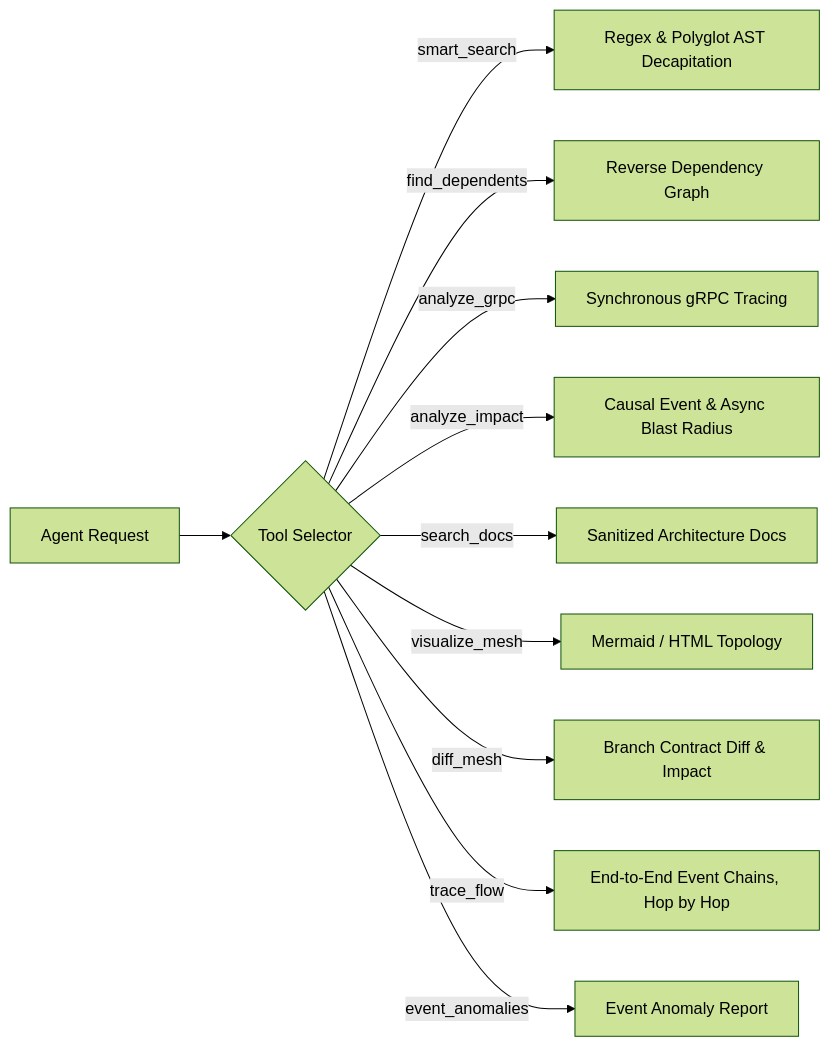
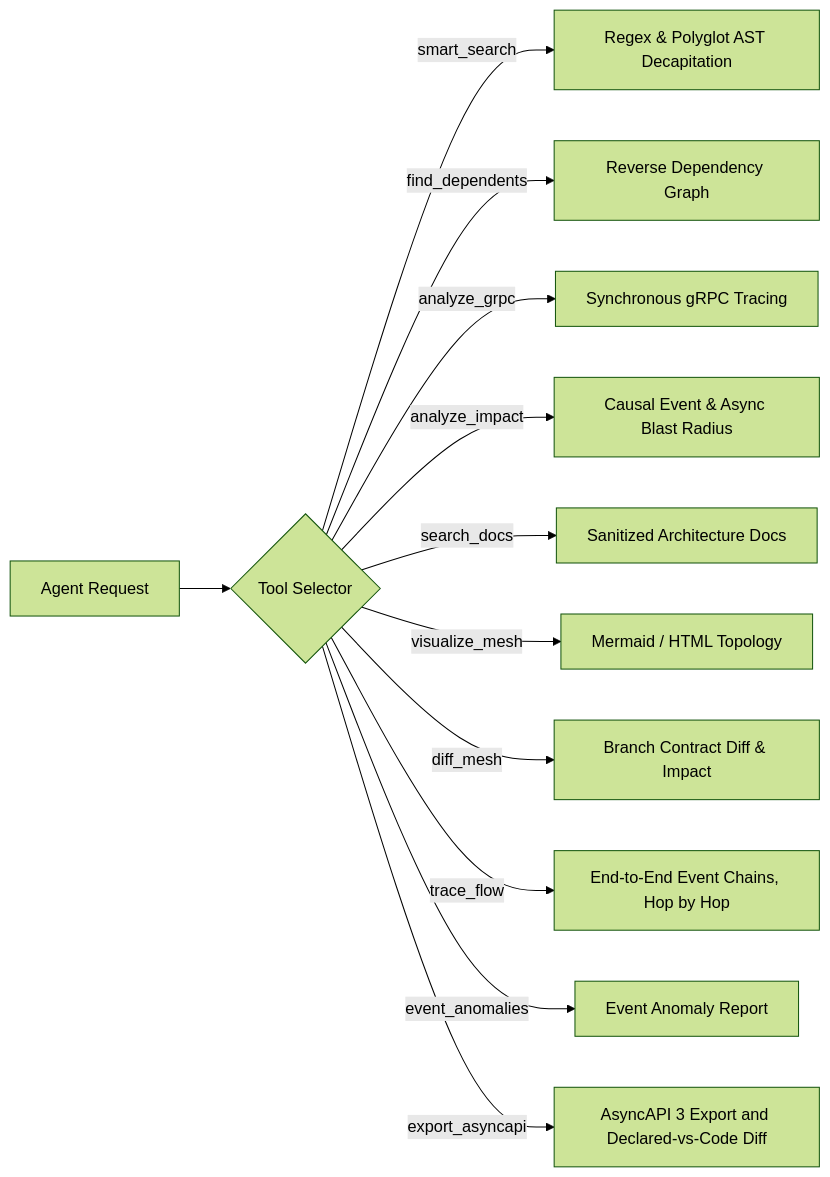
Before and after one commit to VictorAgahi/mesh-mcp: the diagram in docs/mcp-tools.md, drawn with Mermaid (forest theme). The commit also changed other lines of this file and 34 other files, not shown here.

First line of the commit message:
feat(asyncapi): export_asyncapi tool (export and declared-vs-code diff), fixture, docs, tests (T12)

````diff
--- a/docs/mcp-tools.md
+++ b/docs/mcp-tools.md
@@ -27,13 +27,14 @@
 ```mermaid
 graph LR
     A[Agent Request] --> T{Tool Selector}
     T -->|smart_search| TS[Regex & Polyglot AST Decapitation]
     T -->|find_dependents| TD[Reverse Dependency Graph]
     T -->|analyze_grpc| TG[Synchronous gRPC Tracing]
     T -->|analyze_impact| TI[Causal Event & Async Blast Radius]
     T -->|search_docs| TDO[Sanitized Architecture Docs]
     T -->|visualize_mesh| TV[Mermaid / HTML Topology]
     T -->|diff_mesh| TDM[Branch Contract Diff & Impact]
     T -->|trace_flow| TF[End-to-End Event Chains, Hop by Hop]
     T -->|event_anomalies| TA[Event Anomaly Report]
+    T -->|export_asyncapi| TX[AsyncAPI 3 Export and Declared-vs-Code Diff]
 ```
````
